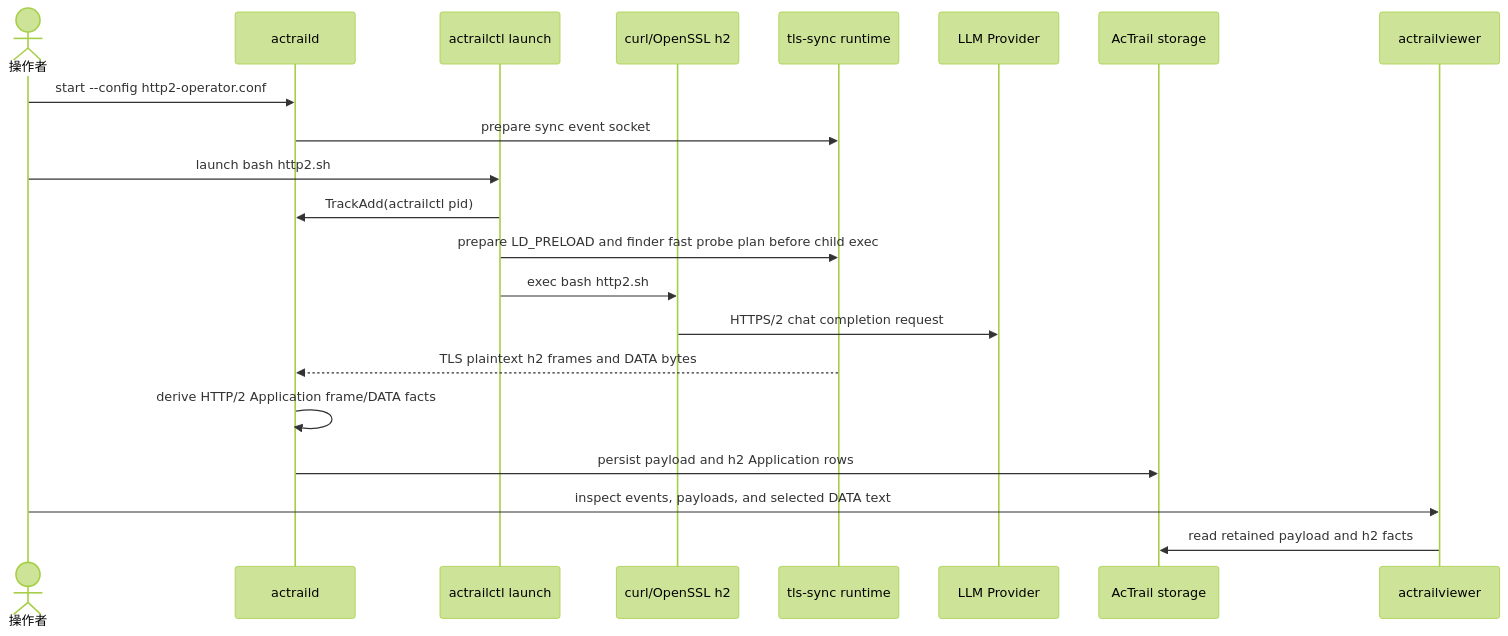
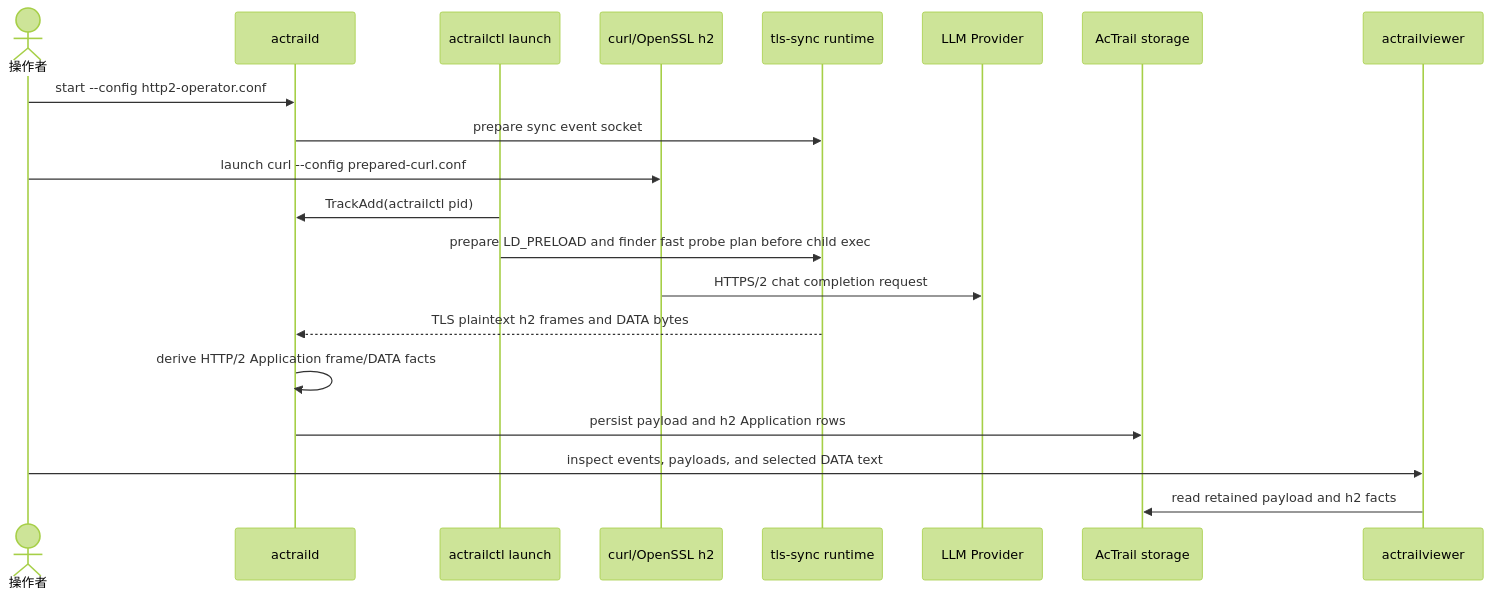
The second of 3 diagrams in docs/examples/02.llm-http-payload-capture/README.md (openeuler-mirror/AcTrail), drawn with Mermaid (forest theme) before and after one commit. The commit also changed other lines of this file and 213 other files, not shown here.

````diff
--- a/docs/examples/02.llm-http-payload-capture/README.md
+++ b/docs/examples/02.llm-http-payload-capture/README.md
@@ -406,24 +409,23 @@
 ```mermaid
 sequenceDiagram
     actor User as 操作者
     participant Daemon as actraild
     participant Launcher as actrailctl launch
     participant Curl as curl/OpenSSL h2
     participant Runtime as tls-sync runtime
     participant Provider as LLM Provider
     participant Store as AcTrail storage
     participant Viewer as actrailviewer
 
     User->>Daemon: start --config http2-operator.conf
     Daemon->>Runtime: prepare sync event socket
-    User->>Launcher: launch bash http2.sh
+    User->>Curl: launch curl --config prepared-curl.conf
     Launcher->>Daemon: TrackAdd(actrailctl pid)
     Launcher->>Runtime: prepare LD_PRELOAD and finder fast probe plan before child exec
-    Launcher->>Curl: exec bash http2.sh
     Curl->>Provider: HTTPS/2 chat completion request
     Runtime-->>Daemon: TLS plaintext h2 frames and DATA bytes
     Daemon->>Daemon: derive HTTP/2 Application frame/DATA facts
     Daemon->>Store: persist payload and h2 Application rows
     User->>Viewer: inspect events, payloads, and selected DATA text
     Viewer->>Store: read retained payload and h2 facts
 ```
````
